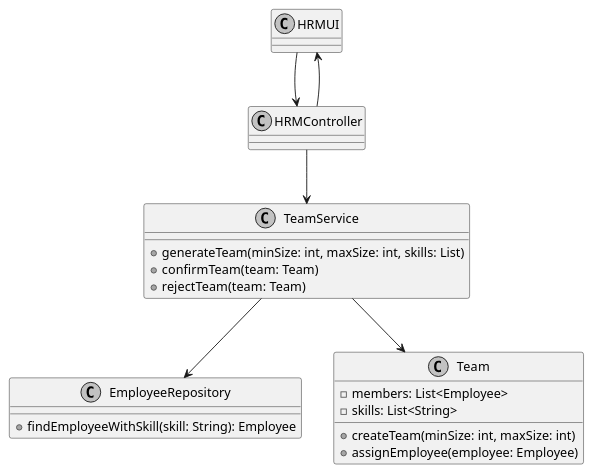
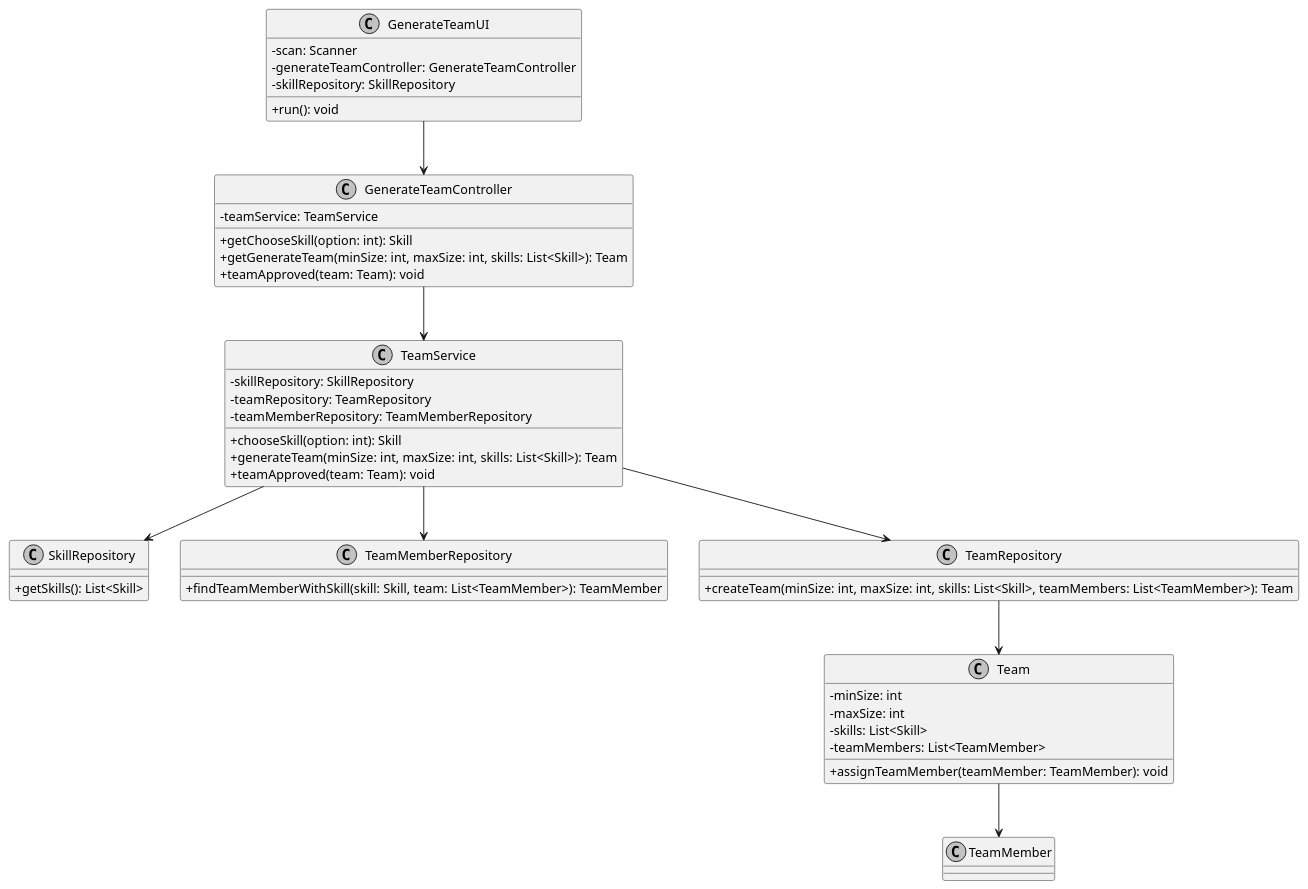
The diagram in docs/sprintB/us005/03.design/puml/us05-class-diagram.puml (Mendoncaa/LAPR2), drawn with PlantUML before and after one commit. The commit also changed 44 other files, not shown here.

```diff
--- a/docs/sprintB/us005/03.design/puml/us05-class-diagram.puml
+++ b/docs/sprintB/us005/03.design/puml/us05-class-diagram.puml
@@ -1,35 +1,58 @@
 @startuml
 skinparam monochrome true
-skinparam packageStyle rectangle
-skinparam shadowing false
+skinparam classAttributeIconSize 0
 
-class HRMUI {
+
+
+class GenerateTeamUI {
+    - scan: Scanner
+    - generateTeamController: GenerateTeamController
+    - skillRepository: SkillRepository
+    + run(): void
 }
 
-class HRMController {
+class GenerateTeamController {
+    - teamService: TeamService
+    + getChooseSkill(option: int): Skill
+    + getGenerateTeam(minSize: int, maxSize: int, skills: List<Skill>): Team
+    + teamApproved(team: Team): void
 }
 
 class TeamService {
-    + generateTeam(minSize: int, maxSize: int, skills: List)
-    + confirmTeam(team: Team)
-    + rejectTeam(team: Team)
+    - skillRepository: SkillRepository
+    - teamRepository: TeamRepository
+    - teamMemberRepository: TeamMemberRepository
+    + chooseSkill(option: int): Skill
+    + generateTeam(minSize: int, maxSize: int, skills: List<Skill>): Team
+    + teamApproved(team: Team): void
 }
 
-class EmployeeRepository {
-    + findEmployeeWithSkill(skill: String): Employee
+class SkillRepository {
+    + getSkills(): List<Skill>
+}
+
+class TeamMemberRepository {
+    + findTeamMemberWithSkill(skill: Skill, team: List<TeamMember>): TeamMember
+}
+
+class TeamRepository {
+    + createTeam(minSize: int, maxSize: int, skills: List<Skill>, teamMembers: List<TeamMember>): Team
 }
 
 class Team {
-    - members: List<Employee>
-    - skills: List<String>
-    + createTeam(minSize: int, maxSize: int)
-    + assignEmployee(employee: Employee)
+    - minSize: int
+    - maxSize: int
+    - skills: List<Skill>
+    - teamMembers: List<TeamMember>
+    + assignTeamMember(teamMember: TeamMember): void
 }
 
-HRMUI --> HRMController
-HRMController --> TeamService
-HRMController --> HRMUI
-TeamService --> EmployeeRepository
-TeamService --> Team
+GenerateTeamUI --> GenerateTeamController 
+GenerateTeamController --> TeamService 
+TeamService --> SkillRepository 
+TeamService --> TeamMemberRepository 
+TeamService --> TeamRepository 
+TeamRepository --> Team
+Team --> TeamMember
 
 @enduml
```
